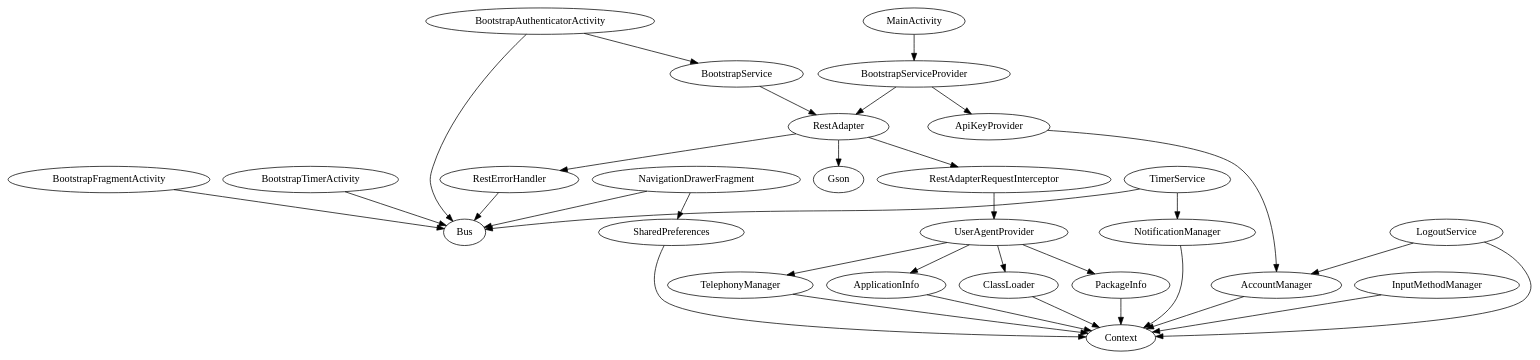
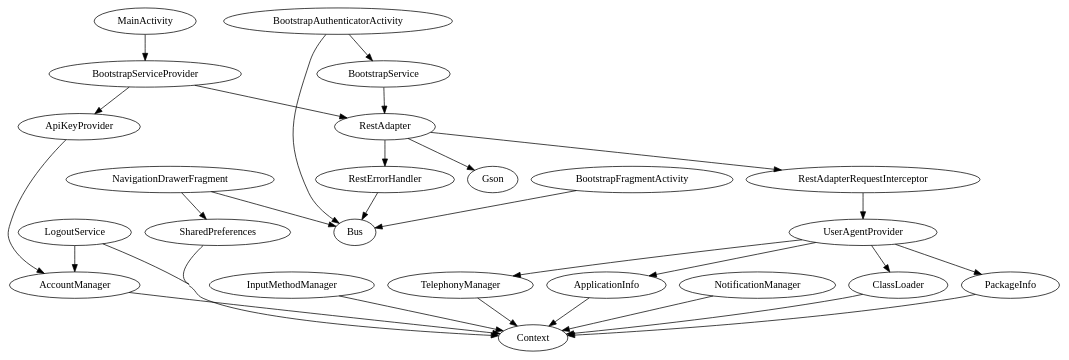
Before and after one commit to qbig/dashboard: the diagram in app/build/intermediates/classes/debug/sg/com/bigspoon/www/BGDashboard/RootModule.dot, drawn with Graphviz. The commit also changed 24 other files, not shown here.

```diff
--- a/app/build/intermediates/classes/debug/sg/com/bigspoon/www/BGDashboard/RootModule.dot
+++ b/app/build/intermediates/classes/debug/sg/com/bigspoon/www/BGDashboard/RootModule.dot
@@ -1,35 +1,32 @@
 digraph G1 {
   concentrate = true;
   AccountManager -> Context;
   ApiKeyProvider -> AccountManager;
   ApplicationInfo -> Context;
+  BootstrapAuthenticatorActivity -> BootstrapService;
   BootstrapAuthenticatorActivity -> Bus;
-  BootstrapAuthenticatorActivity -> BootstrapService;
   BootstrapFragmentActivity -> Bus;
   BootstrapService -> RestAdapter;
   BootstrapServiceProvider -> RestAdapter;
   BootstrapServiceProvider -> ApiKeyProvider;
-  BootstrapTimerActivity -> Bus;
   ClassLoader -> Context;
   InputMethodManager -> Context;
   LogoutService -> AccountManager;
   LogoutService -> Context;
   MainActivity -> BootstrapServiceProvider;
+  NavigationDrawerFragment -> Bus;
   NavigationDrawerFragment -> SharedPreferences;
-  NavigationDrawerFragment -> Bus;
   NotificationManager -> Context;
   PackageInfo -> Context;
+  RestAdapter -> RestAdapterRequestInterceptor;
   RestAdapter -> RestErrorHandler;
   RestAdapter -> Gson;
-  RestAdapter -> RestAdapterRequestInterceptor;
   RestAdapterRequestInterceptor -> UserAgentProvider;
   RestErrorHandler -> Bus;
   SharedPreferences -> Context;
   TelephonyManager -> Context;
-  TimerService -> Bus;
-  TimerService -> NotificationManager;
   UserAgentProvider -> ApplicationInfo;
   UserAgentProvider -> TelephonyManager;
   UserAgentProvider -> ClassLoader;
   UserAgentProvider -> PackageInfo;
 }
```
